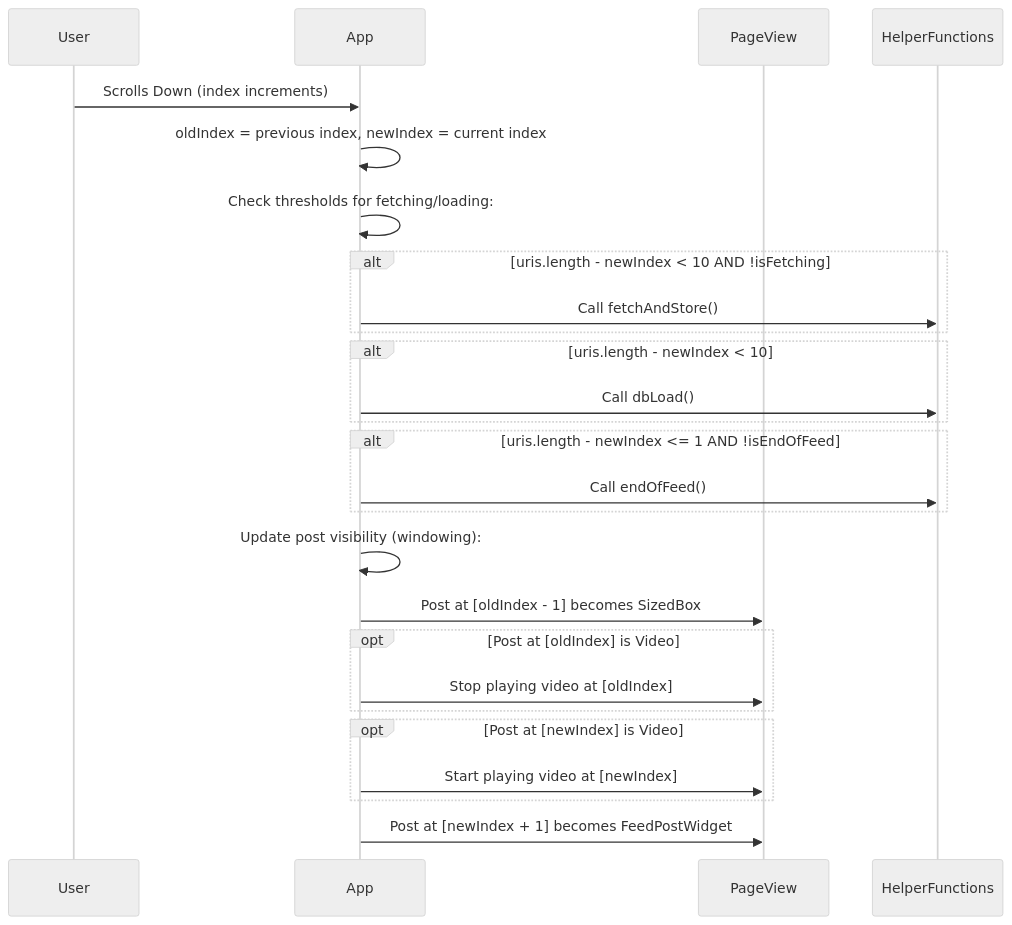
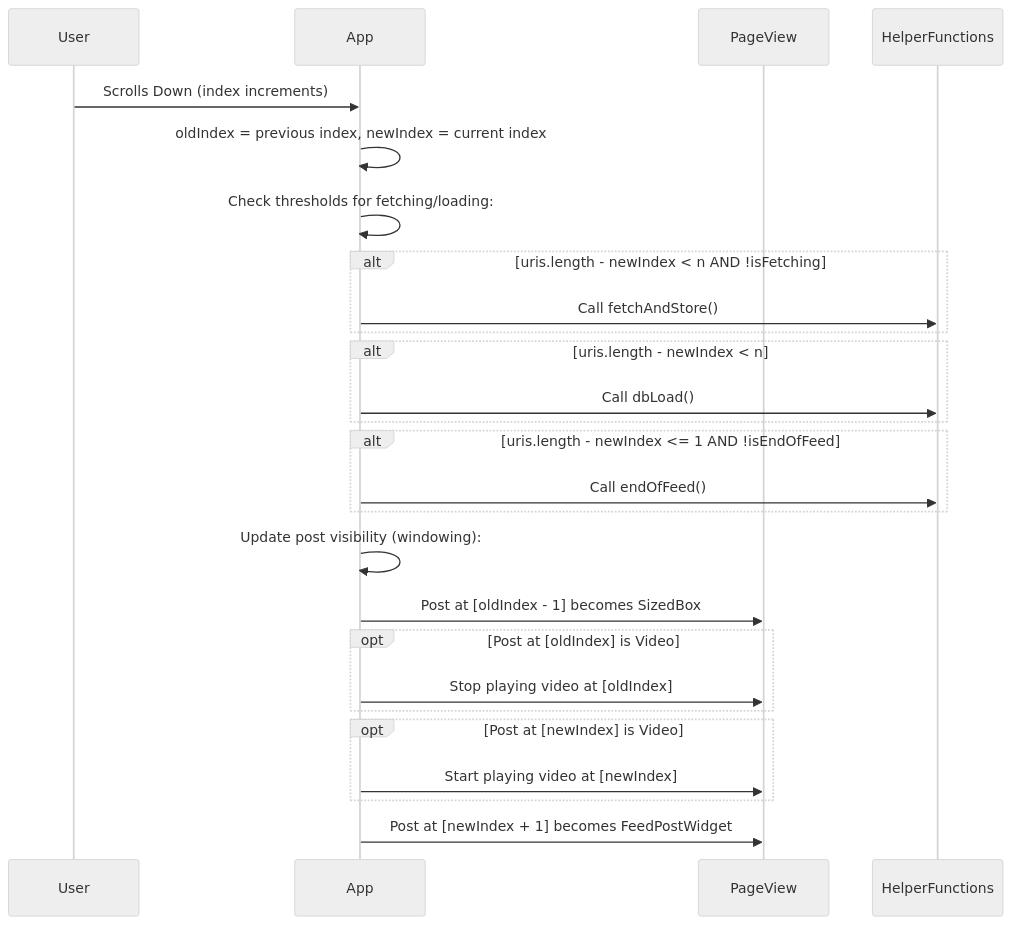
One commit to sprksocial/client changed the second of 6 diagrams in lib/src/features/feed/providers/STRATEGY.md. Above: the diagram before and after it, drawn with Mermaid (neutral theme). The commit also changed other lines of this file and 3 other files, not shown here.

````diff
--- a/lib/src/features/feed/providers/STRATEGY.md
+++ b/lib/src/features/feed/providers/STRATEGY.md
@@ -56,31 +56,31 @@
 ```mermaid
 sequenceDiagram
     participant User
     participant App
     participant PageView
     participant HelperFunctions
 
     User->>App: Scrolls Down (index increments)
     App->>App: oldIndex = previous index, newIndex = current index
 
     App->>App: Check thresholds for fetching/loading:
-    alt uris.length - newIndex < 10 AND !isFetching
+    alt uris.length - newIndex < n AND !isFetching
         App->>HelperFunctions: Call fetchAndStore()
     end
-    alt uris.length - newIndex < 10
+    alt uris.length - newIndex < n
         App->>HelperFunctions: Call dbLoad()
     end
     alt uris.length - newIndex <= 1 AND !isEndOfFeed
         App->>HelperFunctions: Call endOfFeed()
     end
 
     App->>App: Update post visibility (windowing):
     App->>PageView: Post at [oldIndex - 1] becomes SizedBox
     opt Post at [oldIndex] is Video
         App->>PageView: Stop playing video at [oldIndex]
     end
     opt Post at [newIndex] is Video
         App->>PageView: Start playing video at [newIndex]
     end
     App->>PageView: Post at [newIndex + 1] becomes FeedPostWidget
 ```
````
